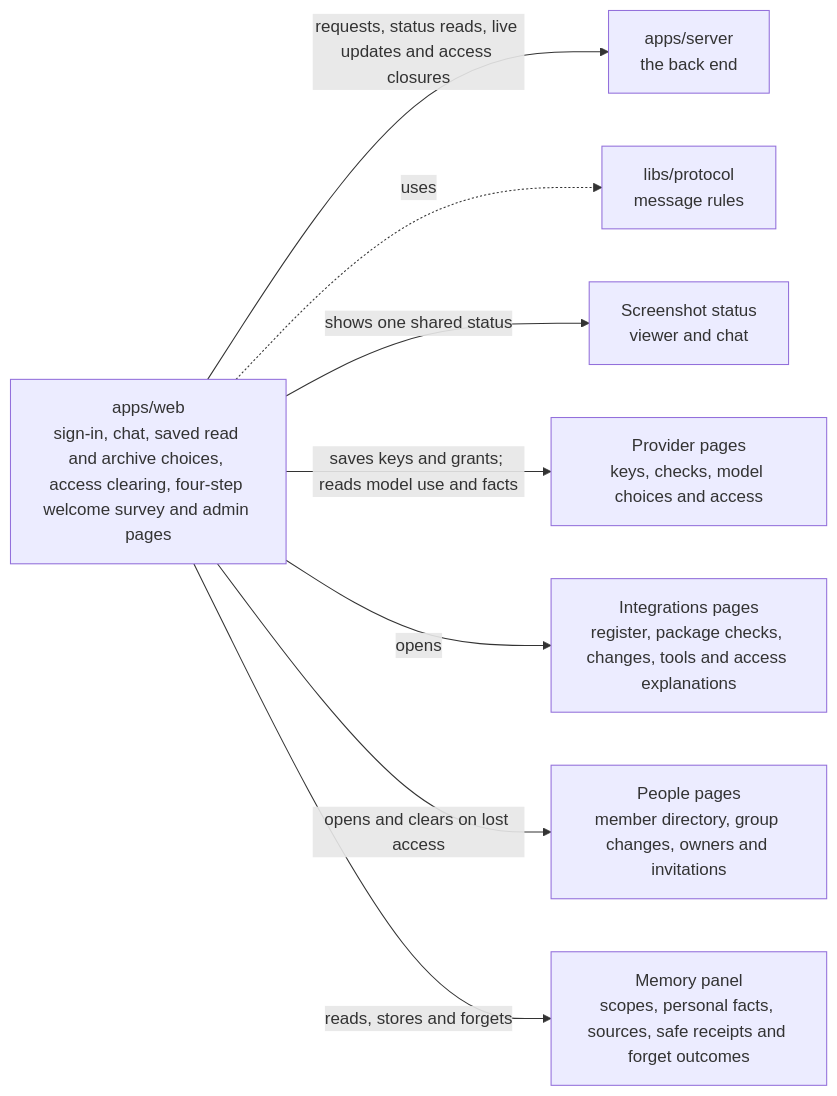
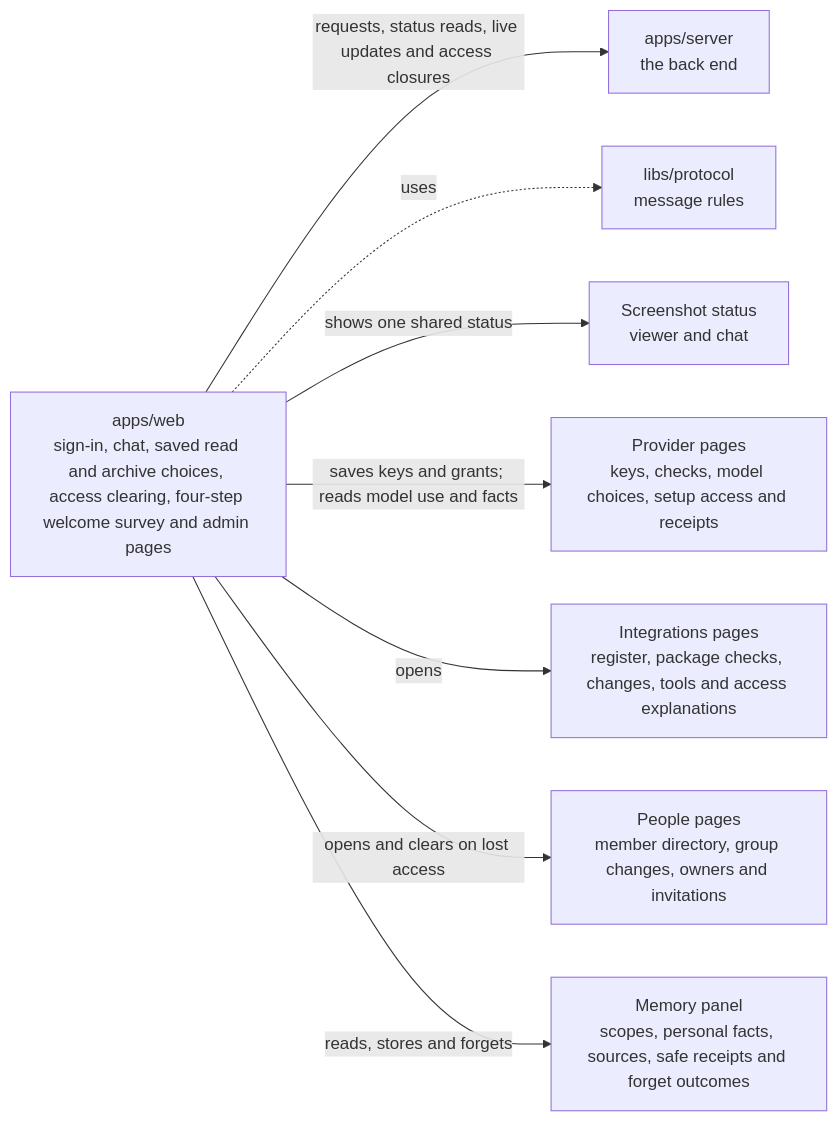
One commit to elewa-git/opencrane-new changed the diagram in apps/web/README.md. Above: the diagram before and after it, drawn with Mermaid. The commit also changed other lines of this file and 24 other files, not shown here.

Commit message:
🧩 Use inline model access and real receipts in provider setup

````diff
--- a/apps/web/README.md
+++ b/apps/web/README.md
@@ -11,10 +11,10 @@
 ```mermaid
 flowchart LR
   web["apps/web<br/>sign-in, chat, saved read and archive choices, access clearing, four-step welcome survey and admin pages"] -->|requests, status reads, live updates and access closures| server["apps/server<br/>the back end"]
   web -.->|uses| protocol["libs/protocol<br/>message rules"]
   web -->|shows one shared status| capture["Screenshot status<br/>viewer and chat"]
-  web -->|saves keys and grants; reads model use and facts| providers["Provider pages<br/>keys, checks, model choices and access"]
+  web -->|saves keys and grants; reads model use and facts| providers["Provider pages<br/>keys, checks, model choices, setup access and receipts"]
   web -->|opens| integrations["Integrations pages<br/>register, package checks, changes, tools and access explanations"]
   web -->|opens and clears on lost access| people["People pages<br/>member directory, group changes, owners and invitations"]
   web -->|reads, stores and forgets| memory["Memory panel<br/>scopes, personal facts, sources, safe receipts and forget outcomes"]
 ```
````
